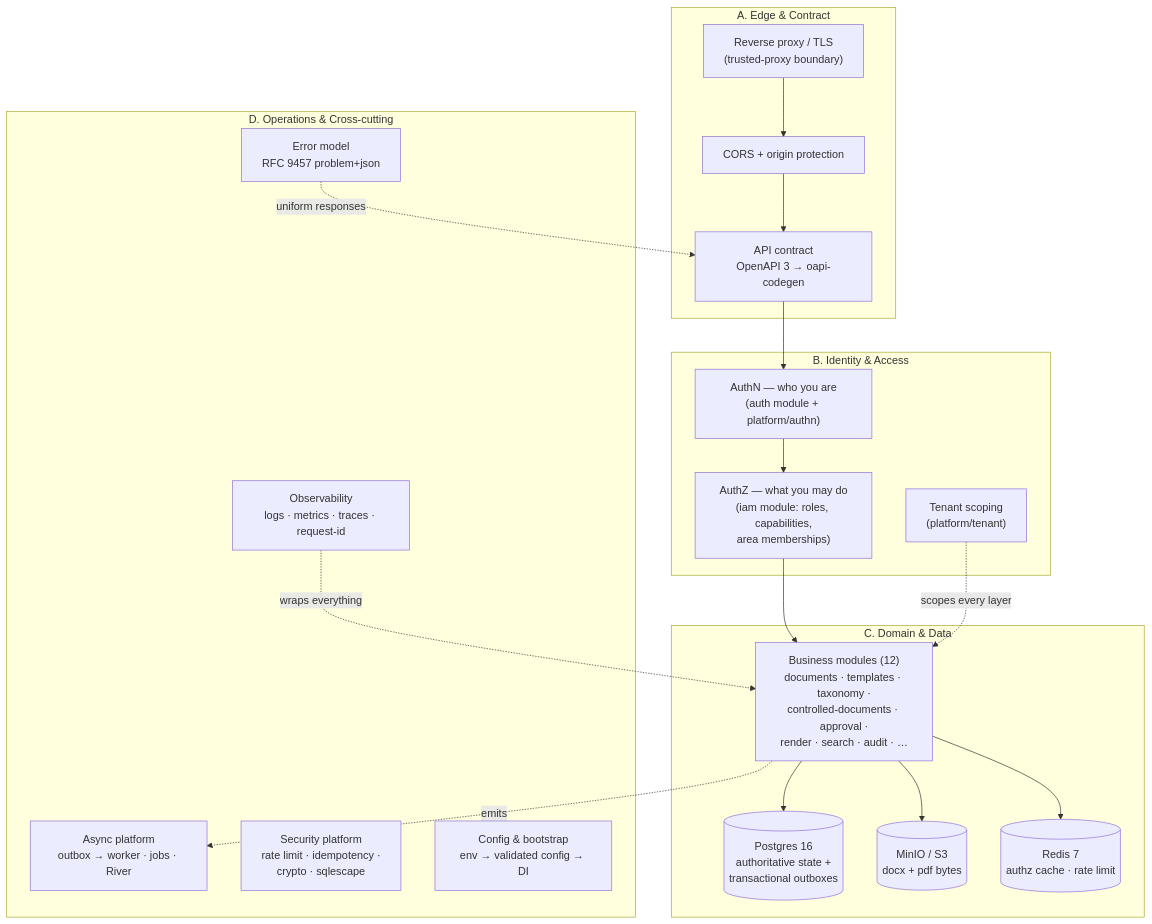
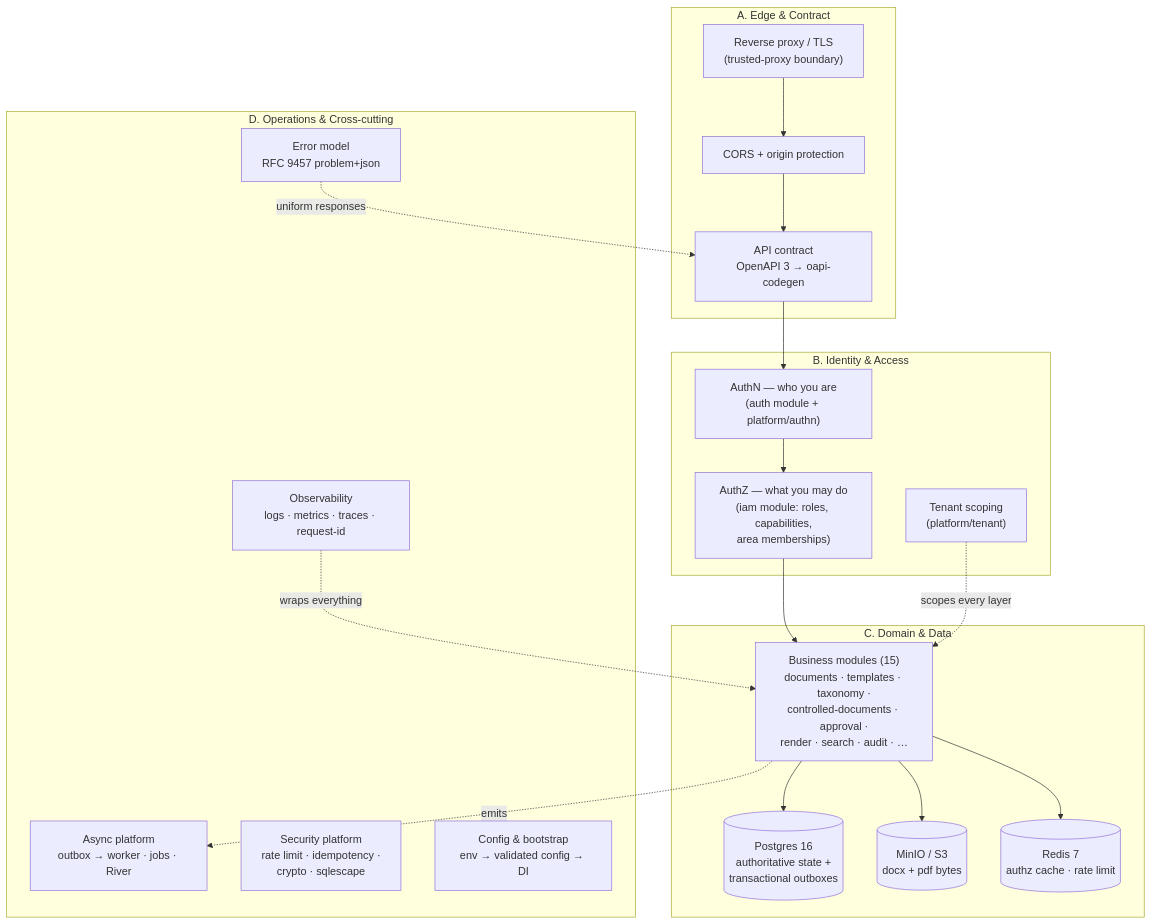
The first of 3 diagrams in wiki/architecture/backend-blueprint.md (developmentconexus-ops/MetalDocs), drawn with Mermaid before and after one commit. The commit also changed other lines of this file and 6 other files, not shown here.

````diff
--- a/wiki/architecture/backend-blueprint.md
+++ b/wiki/architecture/backend-blueprint.md
@@ -35,38 +35,38 @@
 ```mermaid
 flowchart TB
     subgraph EDGE["A. Edge & Contract"]
         TLS["Reverse proxy / TLS<br/>(trusted-proxy boundary)"]
         CORS["CORS + origin protection"]
         CONTRACT["API contract<br/>OpenAPI 3 → oapi-codegen"]
     end
 
     subgraph IDENTITY["B. Identity & Access"]
         AUTHN["AuthN — who you are<br/>(auth module + platform/authn)"]
         AUTHZ["AuthZ — what you may do<br/>(iam module: roles, capabilities,<br/>area memberships)"]
         TENANT["Tenant scoping<br/>(platform/tenant)"]
     end
 
     subgraph DOMAIN["C. Domain & Data"]
-        MODULES["Business modules (12)<br/>documents · templates · taxonomy ·<br/>controlled-documents · approval ·<br/>render · search · audit · …"]
+        MODULES["Business modules (15)<br/>documents · templates · taxonomy ·<br/>controlled-documents · approval ·<br/>render · search · audit · …"]
         PG[("Postgres 16<br/>authoritative state +<br/>transactional outboxes")]
         S3[("MinIO / S3<br/>docx + pdf bytes")]
         REDIS[("Redis 7<br/>authz cache · rate limit")]
     end
 
     subgraph OPS["D. Operations & Cross-cutting"]
         OBS["Observability<br/>logs · metrics · traces · request-id"]
         ERR["Error model<br/>RFC 9457 problem+json"]
         ASYNC["Async platform<br/>outbox → worker · jobs · River"]
         SEC["Security platform<br/>rate limit · idempotency ·<br/>crypto · sqlescape"]
         CFG["Config & bootstrap<br/>env → validated config → DI"]
     end
 
     TLS --> CORS --> CONTRACT --> AUTHN --> AUTHZ --> MODULES
     TENANT -.scopes every layer.-> MODULES
     MODULES --> PG
     MODULES --> S3
     MODULES --> REDIS
     MODULES -.emits.-> ASYNC
     OBS -.wraps everything.-> MODULES
     ERR -.uniform responses.-> CONTRACT
 ```
````
